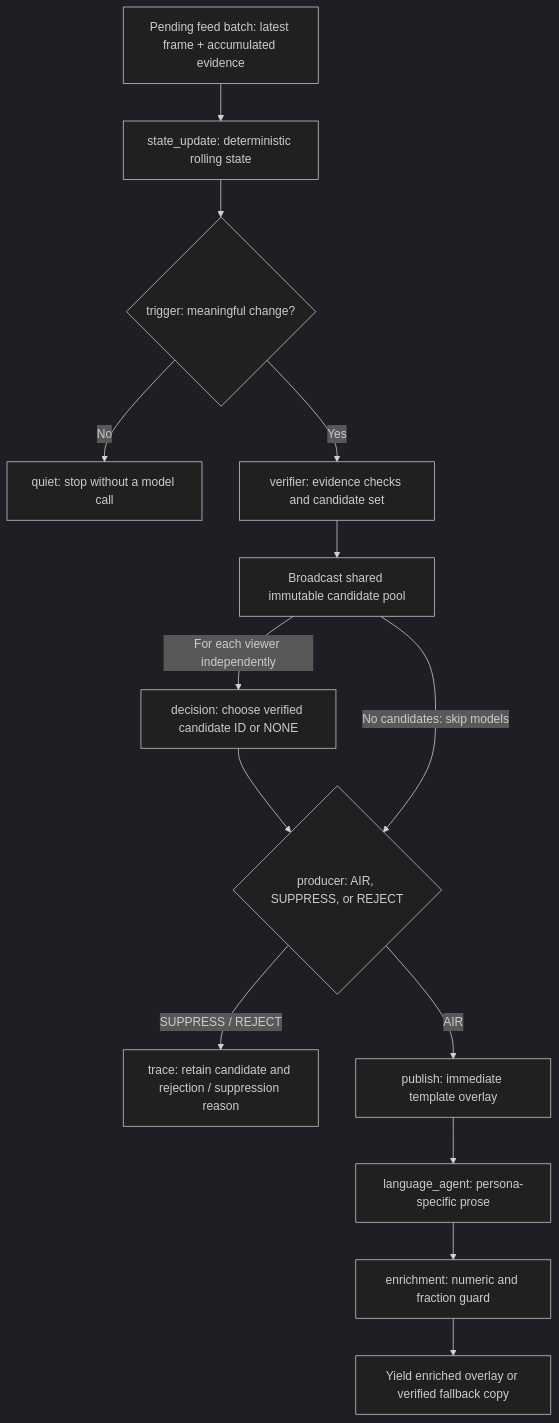
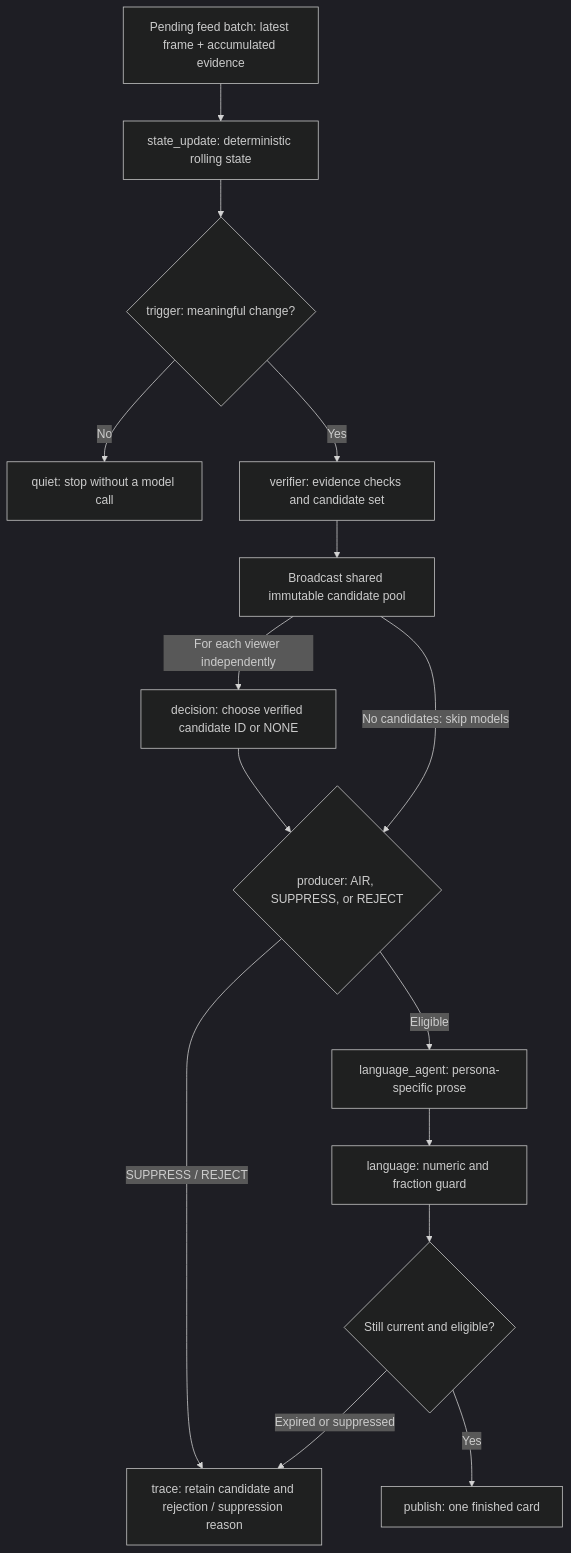
One commit to shantanu1singh/matchos changed the second of 4 diagrams in ARCHITECTURE.md. Above: the diagram before and after it, drawn with Mermaid (dark theme). The commit also changed other lines of this file and 30 other files, not shown here.

````diff
--- a/ARCHITECTURE.md
+++ b/ARCHITECTURE.md
@@ -72,24 +72,26 @@
 ```mermaid
 flowchart TD
     Tick["Pending feed batch: latest frame + accumulated evidence"]
     State["state_update: deterministic rolling state"]
     Trigger{"trigger: meaningful change?"}
     Quiet["quiet: stop without a model call"]
     Decision["decision: choose verified candidate ID or NONE"]
     Verify["verifier: evidence checks and candidate set"]
     Produce{"producer: AIR, SUPPRESS, or REJECT"}
     Trace["trace: retain candidate and rejection / suppression reason"]
-    Publish["publish: immediate template overlay"]
+    Publish["publish: one finished card"]
     Agent["language_agent: persona-specific prose"]
-    Guard["enrichment: numeric and fraction guard"]
-    Enriched["Yield enriched overlay or verified fallback copy"]
+    Guard["language: numeric and fraction guard"]
+    Current{"Still current and eligible?"}
 
     Tick --> State --> Trigger
     Trigger -->|"No"| Quiet
     Trigger -->|"Yes"| Verify
     Verify --> Pool["Broadcast shared immutable candidate pool"]
     Pool -->|"For each viewer independently"| Decision --> Produce
     Pool -->|"No candidates: skip models"| Produce
     Produce -->|"SUPPRESS / REJECT"| Trace
-    Produce -->|"AIR"| Publish --> Agent --> Guard --> Enriched
+    Produce -->|"Eligible"| Agent --> Guard --> Current
+    Current -->|"Yes"| Publish
+    Current -->|"Expired or suppressed"| Trace
 ```
````
